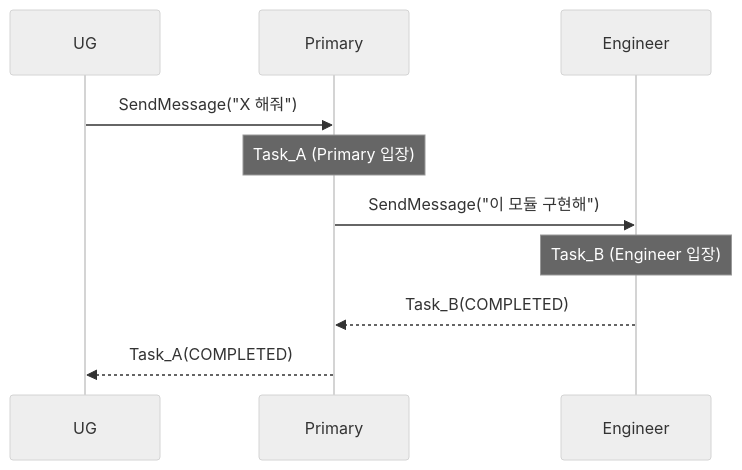
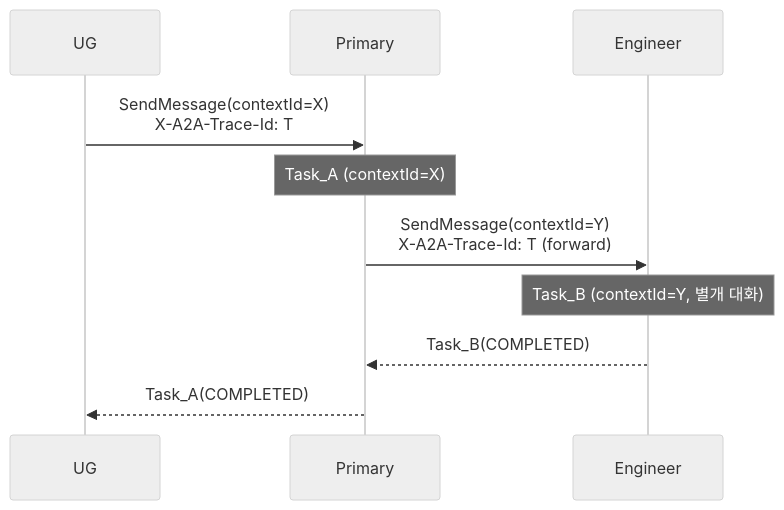
One commit to vonkernel/dev-team changed the fourth of 4 diagrams in shared/src/dev_team_shared/a2a/messaging.md. Above: the diagram before and after it, drawn with Mermaid (neutral theme). The commit also changed other lines of this file and 6 other files, not shown here.

First line of the commit message:
feat(shared/a2a): 위임 시 contextId/traceId 규약 + 인프라 (옵션 B) (#32) (#33)

````diff
--- a/shared/src/dev_team_shared/a2a/messaging.md
+++ b/shared/src/dev_team_shared/a2a/messaging.md
@@ -188,9 +190,9 @@
 ```mermaid
 sequenceDiagram
-    UG->>Primary: SendMessage("X 해줘")
-    Note over Primary: Task_A (Primary 입장)
-    Primary->>Engineer: SendMessage("이 모듈 구현해")
-    Note over Engineer: Task_B (Engineer 입장)
+    UG->>Primary: SendMessage(contextId=X)<br/>X-A2A-Trace-Id: T
+    Note over Primary: Task_A (contextId=X)
+    Primary->>Engineer: SendMessage(contextId=Y)<br/>X-A2A-Trace-Id: T (forward)
+    Note over Engineer: Task_B (contextId=Y, 별개 대화)
     Engineer-->>Primary: Task_B(COMPLETED)
     Primary-->>UG: Task_A(COMPLETED)
 ```
````
